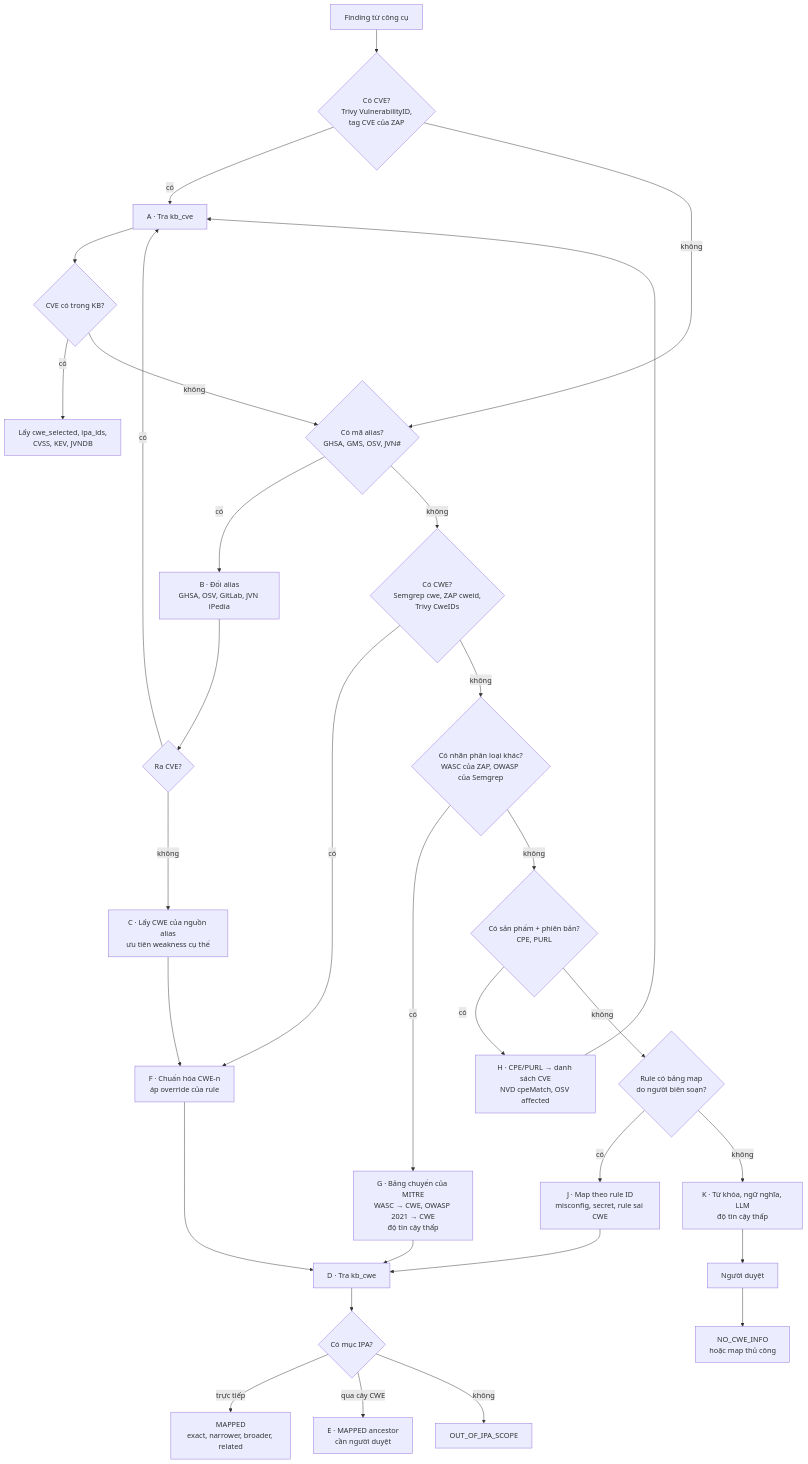
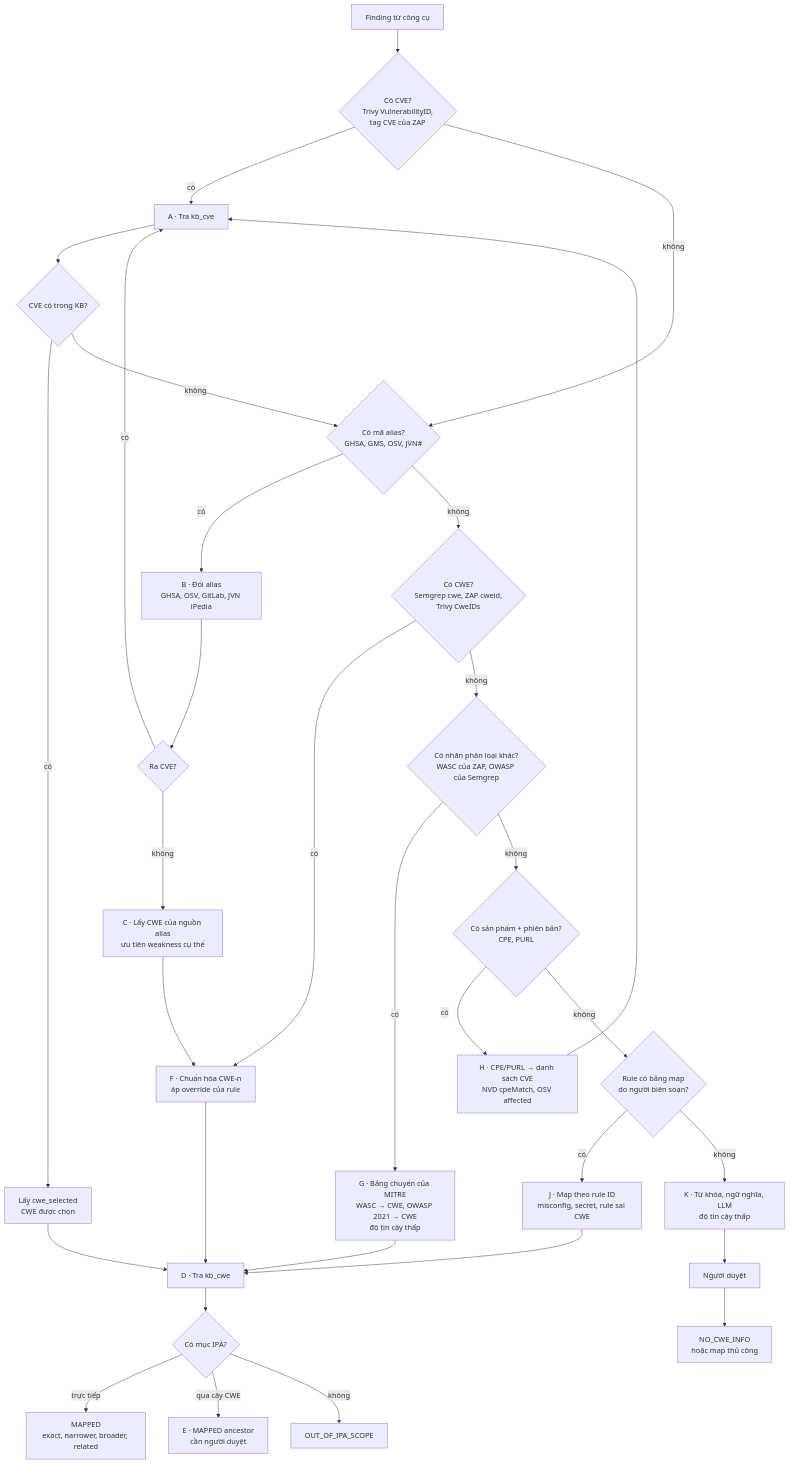
Before and after one commit to superken-python/ai-architecture: the second of 6 diagrams in projects/security_scan/docs/04-thuat-ngu-so-sanh-va-cach-map.md, drawn with Mermaid. The commit also changed other lines of this file and 11 other files, not shown here.

````diff
--- a/projects/security_scan/docs/04-thuat-ngu-so-sanh-va-cach-map.md
+++ b/projects/security_scan/docs/04-thuat-ngu-so-sanh-va-cach-map.md
@@ -402,33 +399,34 @@
 ```mermaid
 flowchart TD
     F["Finding từ công cụ"] --> Q1{"Có CVE?<br/>Trivy VulnerabilityID,<br/>tag CVE của ZAP"}
     Q1 -- "có" --> L1["A · Tra kb_cve"]
     L1 --> H1{"CVE có trong KB?"}
-    H1 -- "có" --> R1["Lấy cwe_selected, ipa_ids,<br/>CVSS, KEV, JVNDB"]
+    H1 -- "có" --> R1["Lấy cwe_selected<br/>CWE được chọn"]
+    R1 --> L2
     H1 -- "không" --> Q2
     Q1 -- "không" --> Q2{"Có mã alias?<br/>GHSA, GMS, OSV, JVN#"}
     Q2 -- "có" --> A1["B · Đổi alias<br/>GHSA, OSV, GitLab, JVN iPedia"]
     A1 --> H2{"Ra CVE?"}
     H2 -- "có" --> L1
     H2 -- "không" --> C1["C · Lấy CWE của nguồn alias<br/>ưu tiên weakness cụ thể"]
     C1 --> N1
     Q2 -- "không" --> Q3{"Có CWE?<br/>Semgrep cwe, ZAP cweid,<br/>Trivy CweIDs"}
     Q3 -- "có" --> N1["F · Chuẩn hóa CWE-n<br/>áp override của rule"]
     N1 --> L2["D · Tra kb_cwe"]
     L2 --> H3{"Có mục IPA?"}
     H3 -- "trực tiếp" --> R2["MAPPED<br/>exact, narrower, broader, related"]
     H3 -- "qua cây CWE" --> R3["E · MAPPED ancestor<br/>cần người duyệt"]
     H3 -- "không" --> R4["OUT_OF_IPA_SCOPE"]
     Q3 -- "không" --> Q4{"Có nhãn phân loại khác?<br/>WASC của ZAP, OWASP của Semgrep"}
     Q4 -- "có" --> G1["G · Bảng chuyển của MITRE<br/>WASC → CWE, OWASP 2021 → CWE<br/>độ tin cậy thấp"]
     G1 --> L2
     Q4 -- "không" --> Q5{"Có sản phẩm + phiên bản?<br/>CPE, PURL"}
     Q5 -- "có" --> P1["H · CPE/PURL → danh sách CVE<br/>NVD cpeMatch, OSV affected"]
     P1 --> L1
     Q5 -- "không" --> Q6{"Rule có bảng map<br/>do người biên soạn?"}
     Q6 -- "có" --> J1["J · Map theo rule ID<br/>misconfig, secret, rule sai CWE"]
     J1 --> L2
     Q6 -- "không" --> K1["K · Từ khóa, ngữ nghĩa, LLM<br/>độ tin cậy thấp"]
     K1 --> V1["Người duyệt"]
     V1 --> R5["NO_CWE_INFO<br/>hoặc map thủ công"]
 ```
````
